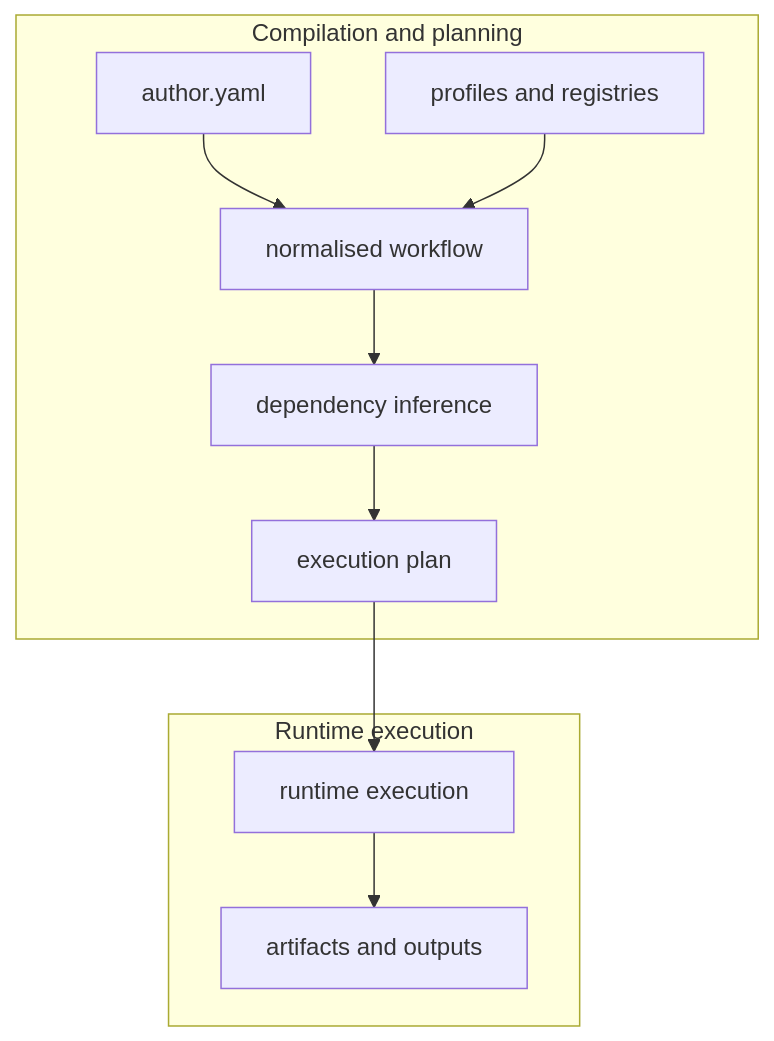
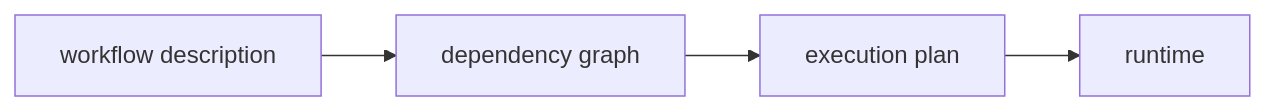
The second of 3 diagrams in docs/index.md (FAST-HEP/fasthep-flow), drawn with Mermaid before and after one commit. The commit also changed other lines of this file and 41 other files, not shown here.

````diff
--- a/docs/index.md
+++ b/docs/index.md
@@ -9,25 +44,9 @@
 ```{mermaid}
-flowchart TD
+flowchart LR
+    Description["workflow description"]
+    Graph["dependency graph"]
+    Plan["execution plan"]
+    Runtime["runtime"]
 
-    subgraph Compile["Compilation and planning"]
-        Author["author.yaml"]
-        Profiles["profiles and registries"]
-        Normalised["normalised workflow"]
-        Dependency["dependency inference"]
-        Plan["execution plan"]
-
-        Author --> Normalised
-        Profiles --> Normalised
-        Normalised --> Dependency
-        Dependency --> Plan
-    end
-
-    subgraph Execute["Runtime execution"]
-        Runtime["runtime execution"]
-        Outputs["artifacts and outputs"]
-
-        Runtime --> Outputs
-    end
-
-    Plan --> Runtime
+    Description --> Graph --> Plan --> Runtime
 ```
````
